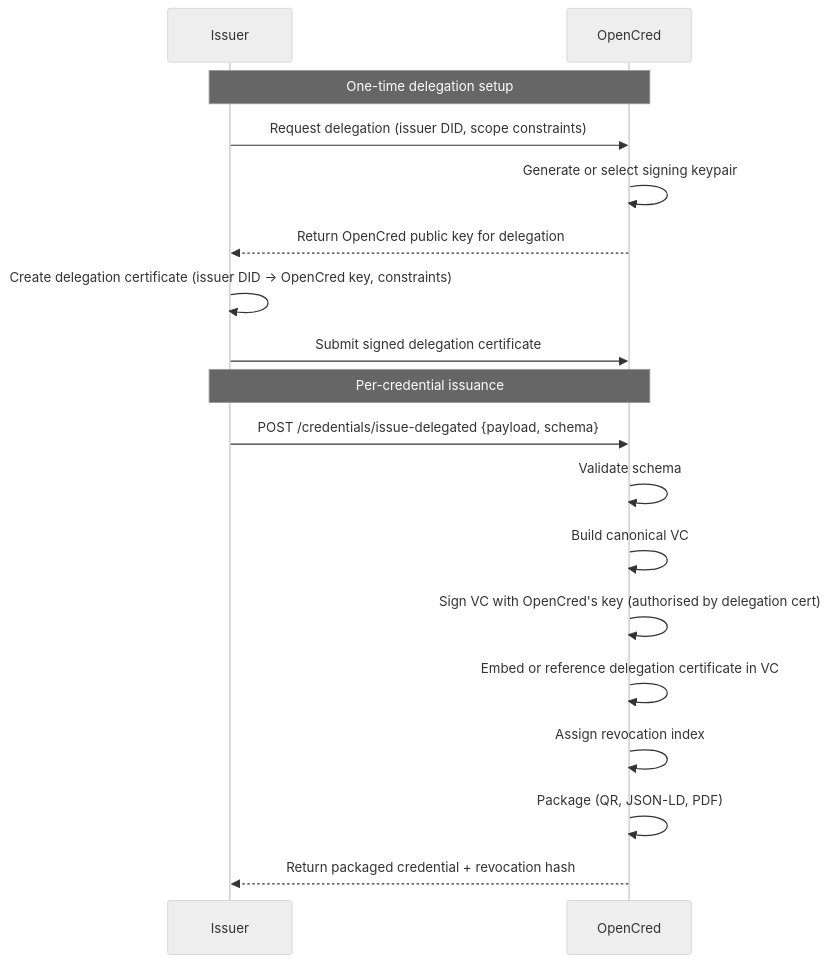
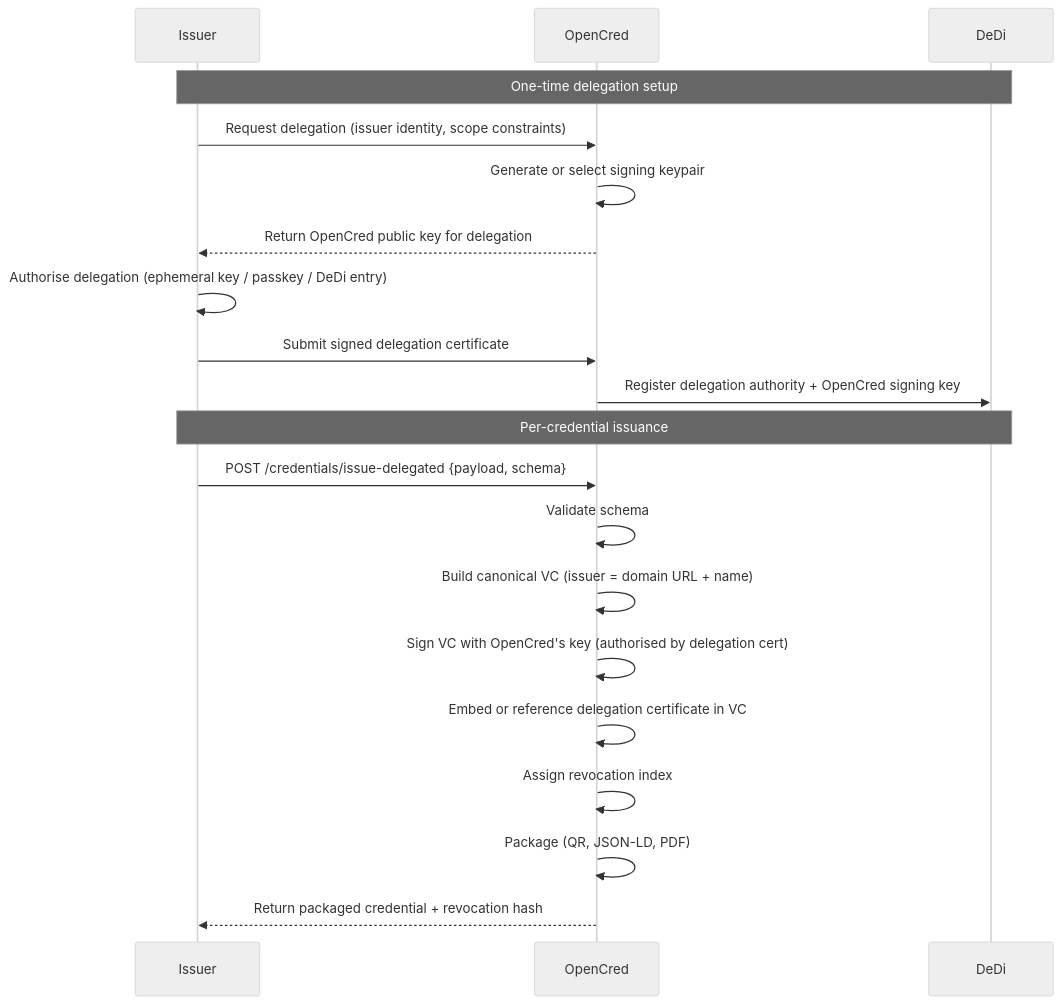
Before and after one commit to nfh-trust-labs/opencred: the third of 6 diagrams in OpenCred_PRD.md, drawn with Mermaid (neutral theme). The commit also changed other lines of this file, not shown here.

First line of the commit message:
Major PRD update: fix signing matrix, add delegation paths, fully offline Local Signing

````diff
--- a/OpenCred_PRD.md
+++ b/OpenCred_PRD.md
@@ -251,22 +275,24 @@
 ```mermaid
 sequenceDiagram
     participant Issuer
     participant OpenCred
+    participant DeDi
 
-    Note over Issuer,OpenCred: One-time delegation setup
-    Issuer->>OpenCred: Request delegation (issuer DID, scope constraints)
+    Note over Issuer,DeDi: One-time delegation setup
+    Issuer->>OpenCred: Request delegation (issuer identity, scope constraints)
     OpenCred->>OpenCred: Generate or select signing keypair
     OpenCred-->>Issuer: Return OpenCred public key for delegation
-    Issuer->>Issuer: Create delegation certificate (issuer DID → OpenCred key, constraints)
+    Issuer->>Issuer: Authorise delegation (ephemeral key / passkey / DeDi entry)
     Issuer->>OpenCred: Submit signed delegation certificate
+    OpenCred->>DeDi: Register delegation authority + OpenCred signing key
 
-    Note over Issuer,OpenCred: Per-credential issuance
+    Note over Issuer,DeDi: Per-credential issuance
     Issuer->>OpenCred: POST /credentials/issue-delegated {payload, schema}
     OpenCred->>OpenCred: Validate schema
-    OpenCred->>OpenCred: Build canonical VC
+    OpenCred->>OpenCred: Build canonical VC (issuer = domain URL + name)
     OpenCred->>OpenCred: Sign VC with OpenCred's key (authorised by delegation cert)
     OpenCred->>OpenCred: Embed or reference delegation certificate in VC
     OpenCred->>OpenCred: Assign revocation index
     OpenCred->>OpenCred: Package (QR, JSON-LD, PDF)
     OpenCred-->>Issuer: Return packaged credential + revocation hash
 ```
````
